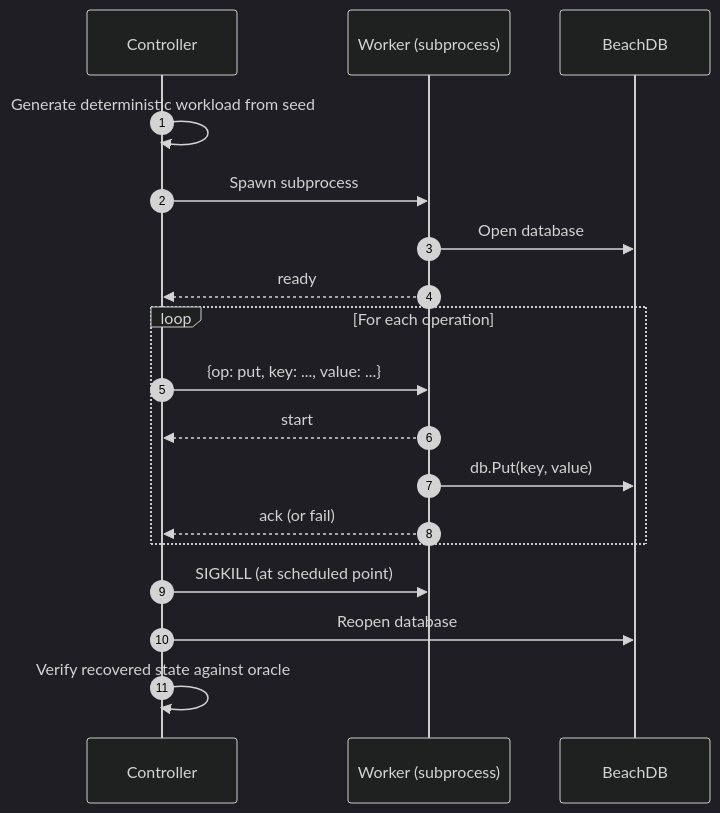
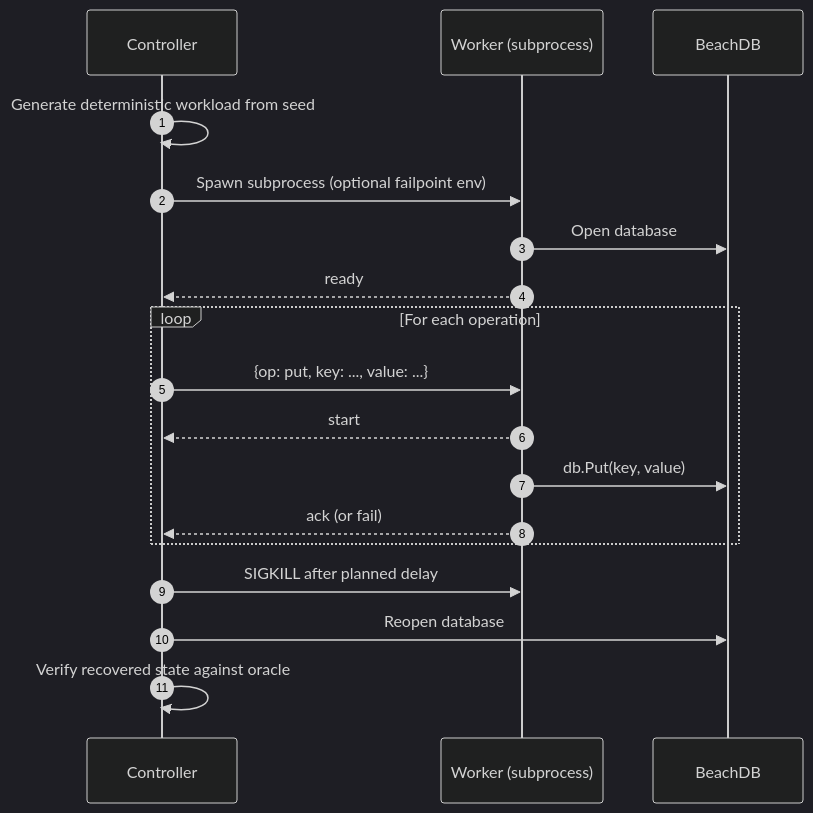
Before and after one commit to aalhour/aalhour.github.io: the second of 2 diagrams in _drafts/2026-04-19-beachdb-crash-harness-failpoints.md, drawn with Mermaid (dark theme). The commit also changed other lines of this file, not shown here.

````diff
--- a/_drafts/2026-04-19-beachdb-crash-harness-failpoints.md
+++ b/_drafts/2026-04-19-beachdb-crash-harness-failpoints.md
@@ -49,21 +154,21 @@
 ```mermaid
 sequenceDiagram
   autonumber
   participant C as Controller
   participant W as Worker (subprocess)
   participant DB as BeachDB
 
   C->>C: Generate deterministic workload from seed
-  C->>W: Spawn subprocess
+  C->>W: Spawn subprocess (optional failpoint env)
   W->>DB: Open database
   W-->>C: ready
   loop For each operation
     C->>W: {op: put, key: ..., value: ...}
     W-->>C: start
     W->>DB: db.Put(key, value)
     W-->>C: ack (or fail)
   end
-  C->>W: SIGKILL (at scheduled point)
+  C->>W: SIGKILL after planned delay
   C->>DB: Reopen database
   C->>C: Verify recovered state against oracle
 ```
````
